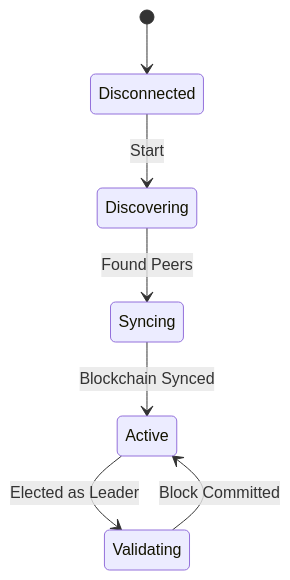
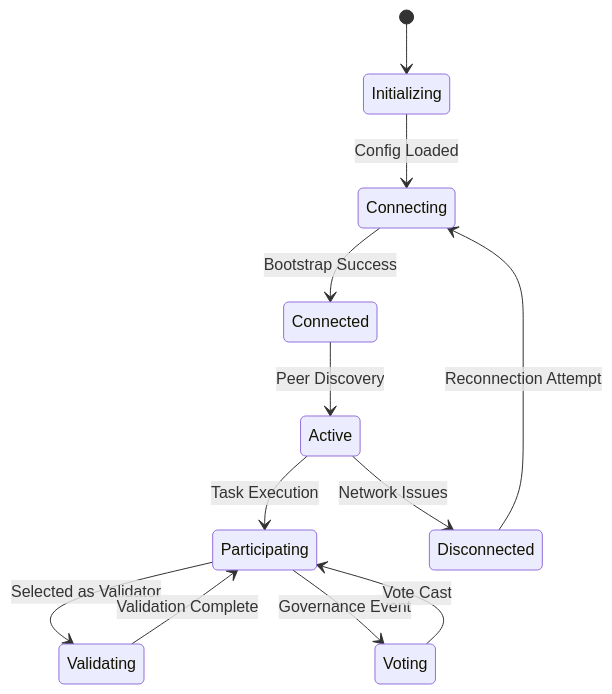
Before and after one commit to amschel99/Mesh: the ninth of 9 diagrams in paper.md, drawn with Mermaid. The commit also changed other lines of this file, not shown here.

````diff
--- a/paper.md
+++ b/paper.md
@@ -205,9 +533,17 @@
 ```mermaid
 stateDiagram-v2
-    [*] --> Disconnected
-    Disconnected --> Discovering: Start
-    Discovering --> Syncing: Found Peers
-    Syncing --> Active: Blockchain Synced
-    Active --> Validating: Elected as Leader
-    Validating --> Active: Block Committed
+    [*] --> Initializing
+    Initializing --> Connecting: Config Loaded
+    Connecting --> Connected: Bootstrap Success
+    Connected --> Active: Peer Discovery
+    Active --> Participating: Task Execution
+
+    Participating --> Validating: Selected as Validator
+    Validating --> Participating: Validation Complete
+
+    Active --> Disconnected: Network Issues
+    Disconnected --> Connecting: Reconnection Attempt
+
+    Participating --> Voting: Governance Event
+    Voting --> Participating: Vote Cast
 ```
````
